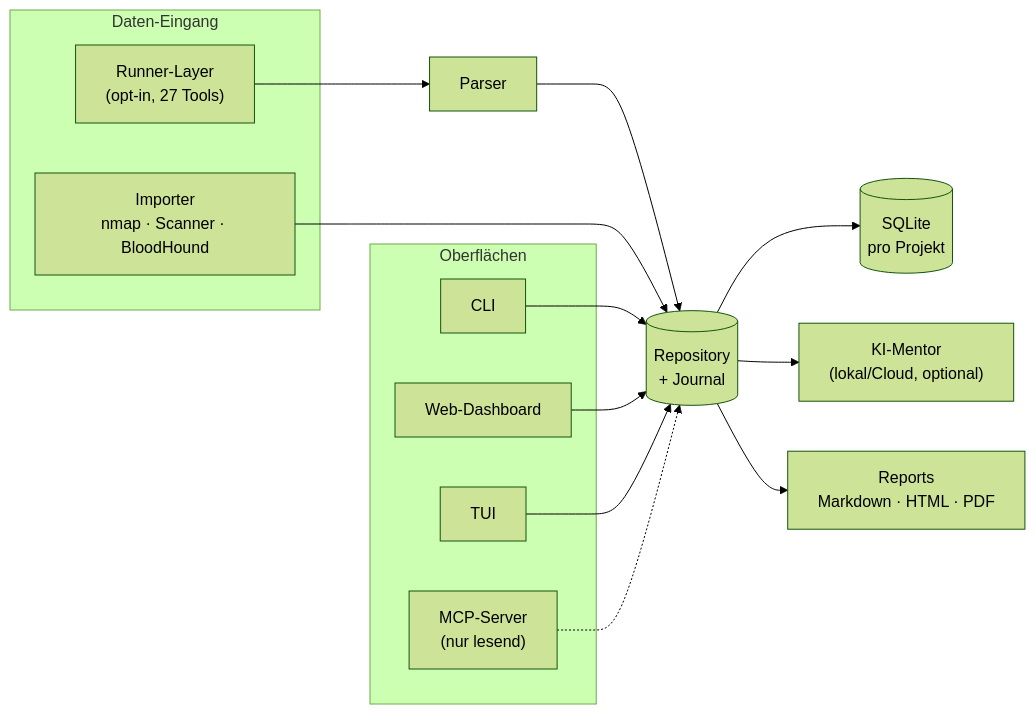
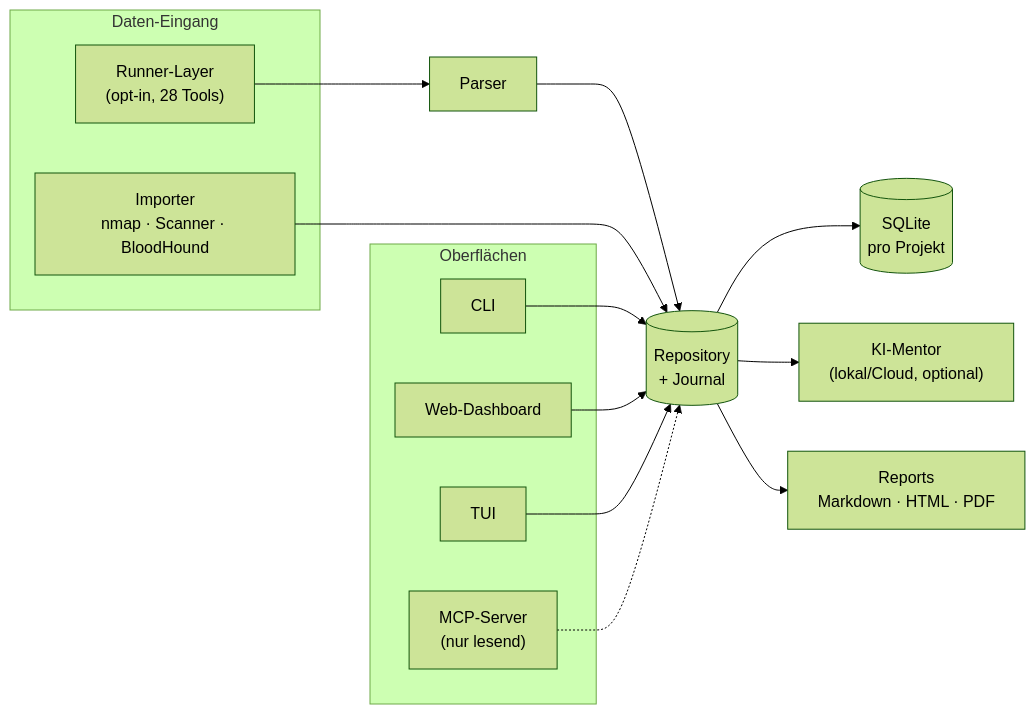
Before and after one commit to kaldox/pentos: the diagram in README.md, drawn with Mermaid (forest theme). The commit also changed other lines of this file and 9 other files, not shown here.

````diff
--- a/README.md
+++ b/README.md
@@ -216,23 +216,23 @@
 ```mermaid
 flowchart LR
     subgraph face["Oberflächen"]
         CLI["CLI"]
         WEB["Web-Dashboard"]
         TUI["TUI"]
         MCP["MCP-Server\n(nur lesend)"]
     end
     subgraph input["Daten-Eingang"]
         IMP["Importer\nnmap · Scanner · BloodHound"]
-        RUN["Runner-Layer\n(opt-in, 27 Tools)"]
+        RUN["Runner-Layer\n(opt-in, 28 Tools)"]
     end
     RUN --> PARSE["Parser"]
     PARSE --> REPO
     IMP --> REPO
     CLI --> REPO
     WEB --> REPO
     TUI --> REPO
     MCP -.-> REPO
     REPO[("Repository\n+ Journal")] --> DB[("SQLite\npro Projekt")]
     REPO --> AI["KI-Mentor\n(lokal/Cloud, optional)"]
     REPO --> REP["Reports\nMarkdown · HTML · PDF"]
 ```
````
